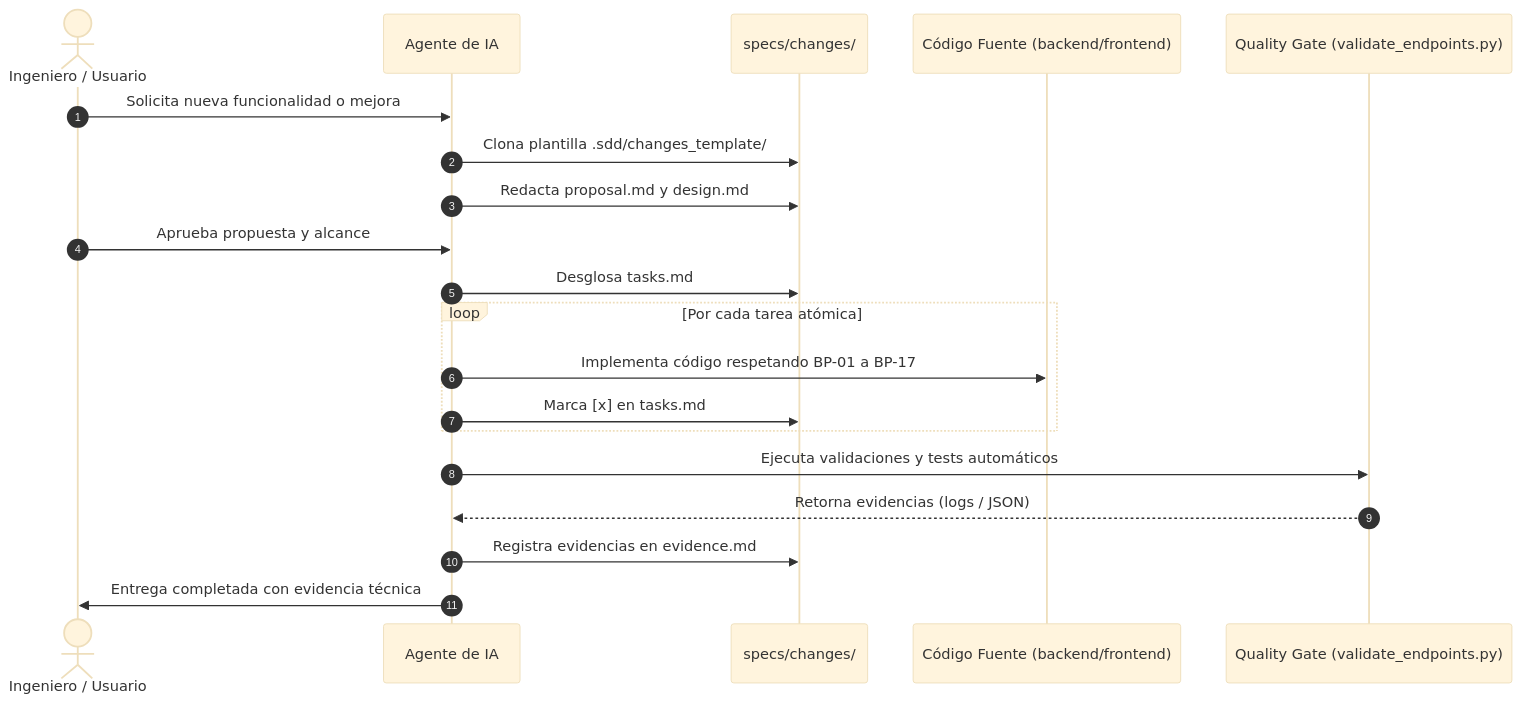
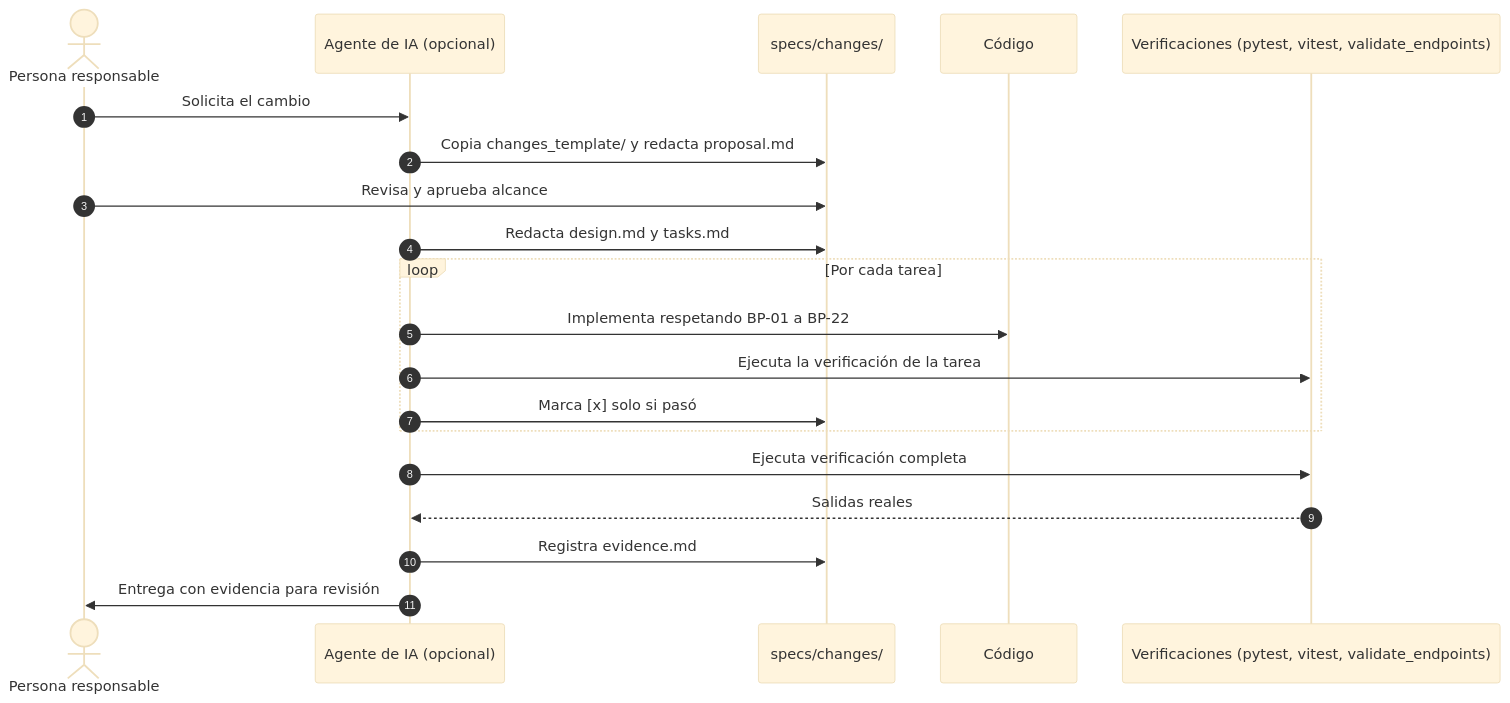
Before and after one commit to jnmontoy/sdd: the diagram in greenfield/14_protocolo_cambios_atomicos_y_especificaciones_vivas.md, drawn with Mermaid (base theme). The commit also changed other lines of this file and 152 other files, not shown here.

````diff
--- a/greenfield/14_protocolo_cambios_atomicos_y_especificaciones_vivas.md
+++ b/greenfield/14_protocolo_cambios_atomicos_y_especificaciones_vivas.md
@@ -59,23 +69,23 @@
 ```mermaid
 sequenceDiagram
     autonumber
-    actor Dev as Ingeniero / Usuario
-    participant IA as Agente de IA
+    actor Dev as Persona responsable
+    participant IA as Agente de IA (opcional)
     participant Spec as specs/changes/
-    participant Code as Código Fuente (backend/frontend)
-    participant Gate as Quality Gate (validate_endpoints.py)
+    participant Code as Código
+    participant Gate as Verificaciones (pytest, vitest, validate_endpoints)
 
-    Dev->>IA: Solicita nueva funcionalidad o mejora
-    IA->>Spec: Clona plantilla .sdd/changes_template/
-    IA->>Spec: Redacta proposal.md y design.md
-    Dev->>IA: Aprueba propuesta y alcance
-    IA->>Spec: Desglosa tasks.md
-    loop Por cada tarea atómica
-        IA->>Code: Implementa código respetando BP-01 a BP-17
-        IA->>Spec: Marca [x] en tasks.md
+    Dev->>IA: Solicita el cambio
+    IA->>Spec: Copia changes_template/ y redacta proposal.md
+    Dev->>Spec: Revisa y aprueba alcance
+    IA->>Spec: Redacta design.md y tasks.md
+    loop Por cada tarea
+        IA->>Code: Implementa respetando BP-01 a BP-22
+        IA->>Gate: Ejecuta la verificación de la tarea
+        IA->>Spec: Marca [x] solo si pasó
     end
-    IA->>Gate: Ejecuta validaciones y tests automáticos
-    Gate-->>IA: Retorna evidencias (logs / JSON)
-    IA->>Spec: Registra evidencias en evidence.md
-    IA->>Dev: Entrega completada con evidencia técnica
+    IA->>Gate: Ejecuta verificación completa
+    Gate-->>IA: Salidas reales
+    IA->>Spec: Registra evidence.md
+    IA->>Dev: Entrega con evidencia para revisión
 ```
````
